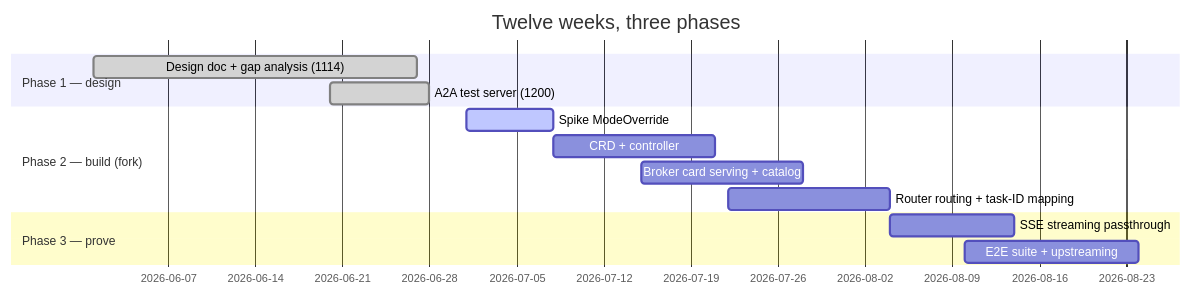
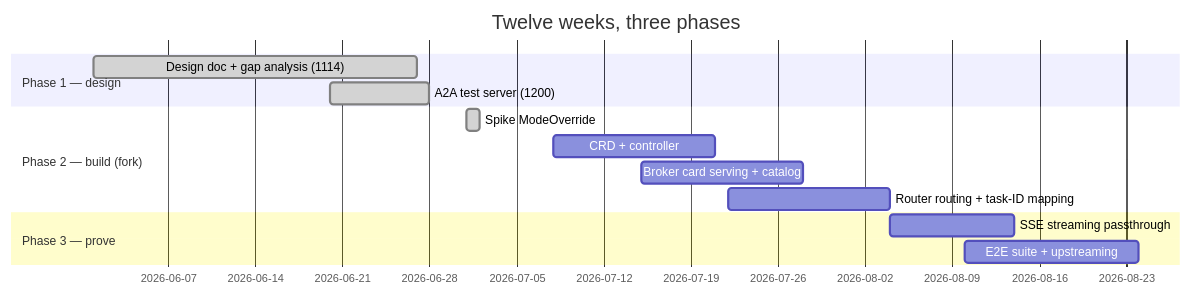
The fifth of 5 diagrams in README.md (Aman-Cool/A2A-Agent2Agent-protocol), drawn with Mermaid before and after one commit. The commit also changed other lines of this file, not shown here.

Commit message:
docs: update readme with spike 1 verification result

````diff
--- a/README.md
+++ b/README.md
@@ -145,16 +145,16 @@
 ```mermaid
 gantt
     title Twelve weeks, three phases
     dateFormat YYYY-MM-DD
     section Phase 1 — design
     Design doc + gap analysis (1114)      :done,   p1a, 2026-06-01, 2026-06-27
     A2A test server (1200)                :done,   p1b, 2026-06-20, 2026-06-28
     section Phase 2 — build (fork)
-    Spike ModeOverride                    :active, p2a, 2026-07-01, 2026-07-08
+    Spike ModeOverride                    :done,   p2a, 2026-07-01, 2026-07-02
     CRD + controller                      :        p2b, 2026-07-08, 2026-07-21
     Broker card serving + catalog         :        p2c, 2026-07-15, 2026-07-28
     Router routing + task-ID mapping      :        p2d, 2026-07-22, 2026-08-04
     section Phase 3 — prove
     SSE streaming passthrough             :        p3a, 2026-08-04, 2026-08-14
     E2E suite + upstreaming               :        p3b, 2026-08-10, 2026-08-24
 ```
````
